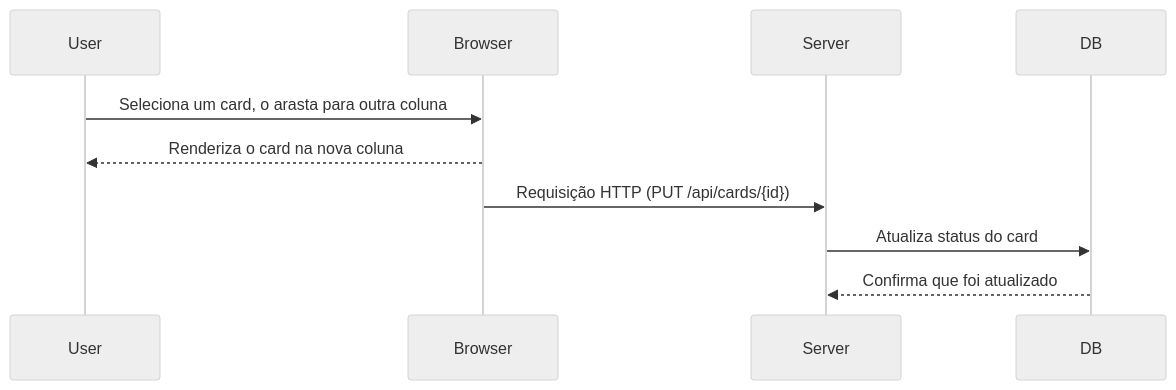
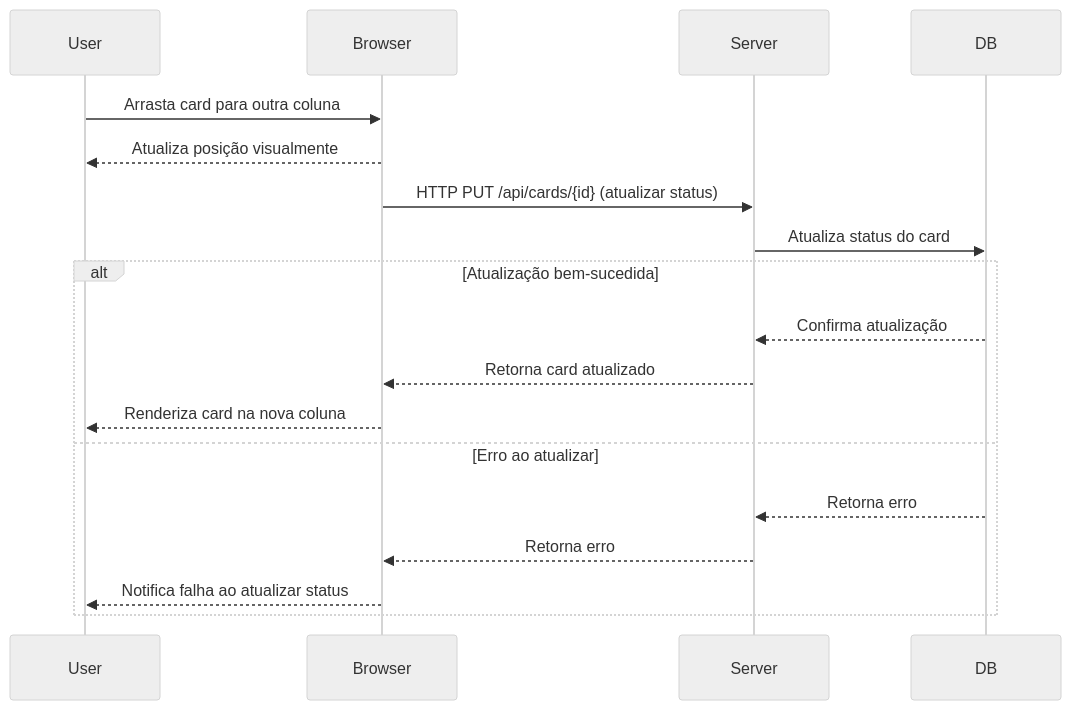
The fifth of 5 diagrams in docs/Modelagem-de-requisitos.md (WallaceBarrosDev/My-Kanban-bord), drawn with Mermaid (neutral theme) before and after one commit. The commit also changed other lines of this file and 1 other file, not shown here.

````diff
--- a/docs/Modelagem-de-requisitos.md
+++ b/docs/Modelagem-de-requisitos.md
@@ -103,13 +120,21 @@
 ```mermaid
 sequenceDiagram
 participant User
 participant Browser
 participant Server
 participant DB
 
-User->>Browser: Seleciona um card, o arasta para outra coluna
-Browser-->>User: Renderiza o card na nova coluna
-Browser->>Server: Requisição HTTP (PUT /api/cards/{id})
+User->>Browser: Arrasta card para outra coluna
+Browser-->>User: Atualiza posição visualmente
+Browser->>Server: HTTP PUT /api/cards/{id} (atualizar status)
 Server->>DB: Atualiza status do card
-DB-->>Server: Confirma que foi atualizado
+alt Atualização bem-sucedida
+DB-->>Server: Confirma atualização
+Server-->>Browser: Retorna card atualizado
+Browser-->>User: Renderiza card na nova coluna
+else Erro ao atualizar
+DB-->>Server: Retorna erro
+Server-->>Browser: Retorna erro
+Browser-->>User: Notifica falha ao atualizar status
+end
 ```
````
